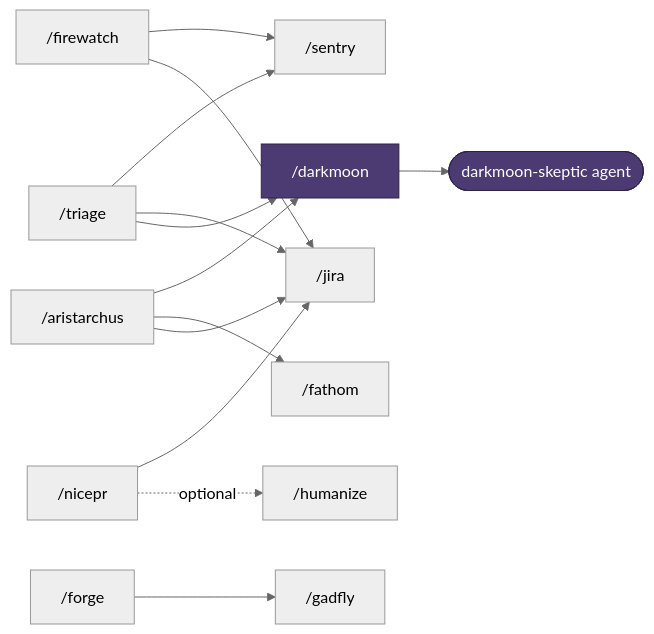
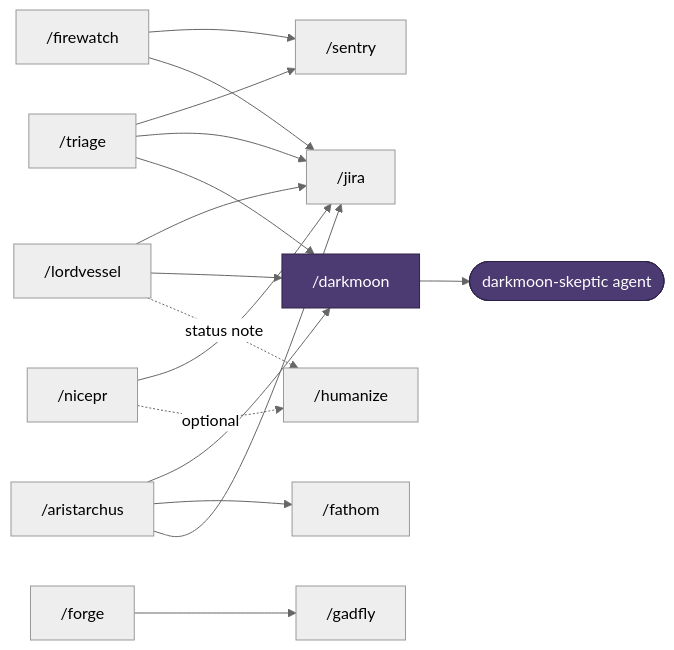
Before and after one commit to sgtlaugh/skills: the diagram in README.md, drawn with Mermaid (neutral theme). The commit also changed other lines of this file and 3 other files, not shown here.

````diff
--- a/README.md
+++ b/README.md
@@ -108,18 +109,21 @@
 ```mermaid
 flowchart LR
     triage["/triage"] --> sentry["/sentry"]
     triage --> jira["/jira"]
     triage --> darkmoon["/darkmoon"]
+    lordvessel["/lordvessel"] --> jira
+    lordvessel --> darkmoon
+    lordvessel -. status note .-> humanize
     firewatch["/firewatch"] --> sentry
     firewatch --> jira
     aristarchus["/aristarchus"] --> darkmoon
     aristarchus --> fathom["/fathom"]
     aristarchus --> jira
     forge["/forge"] --> gadfly["/gadfly"]
     nicepr["/nicepr"] --> jira
     nicepr -. optional .-> humanize["/humanize"]
     darkmoon --> skeptic([darkmoon-skeptic agent])
 
     classDef verifier fill:#4c3a72,stroke:#2e2347,color:#fff
     class darkmoon,skeptic verifier
 ```
````
